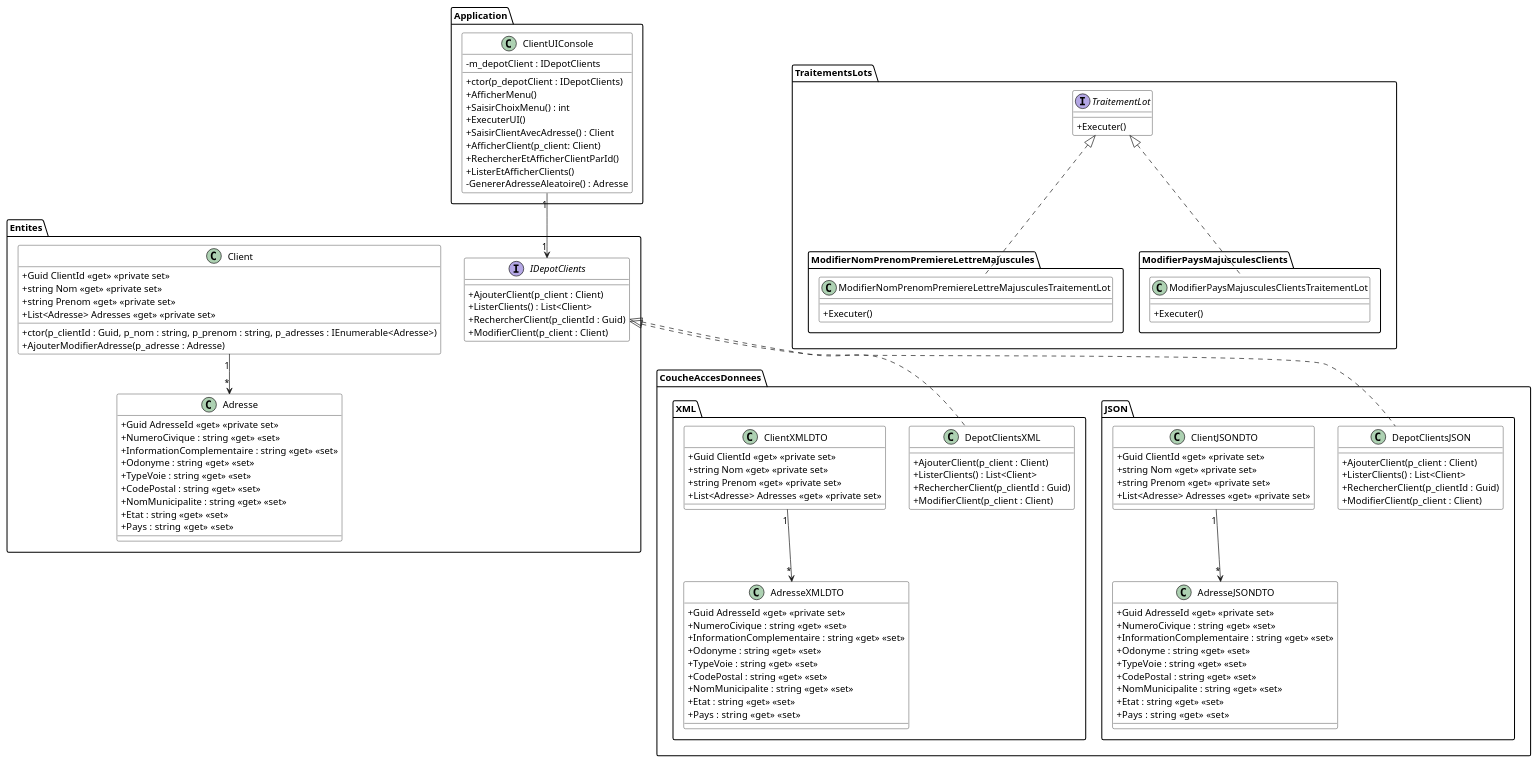
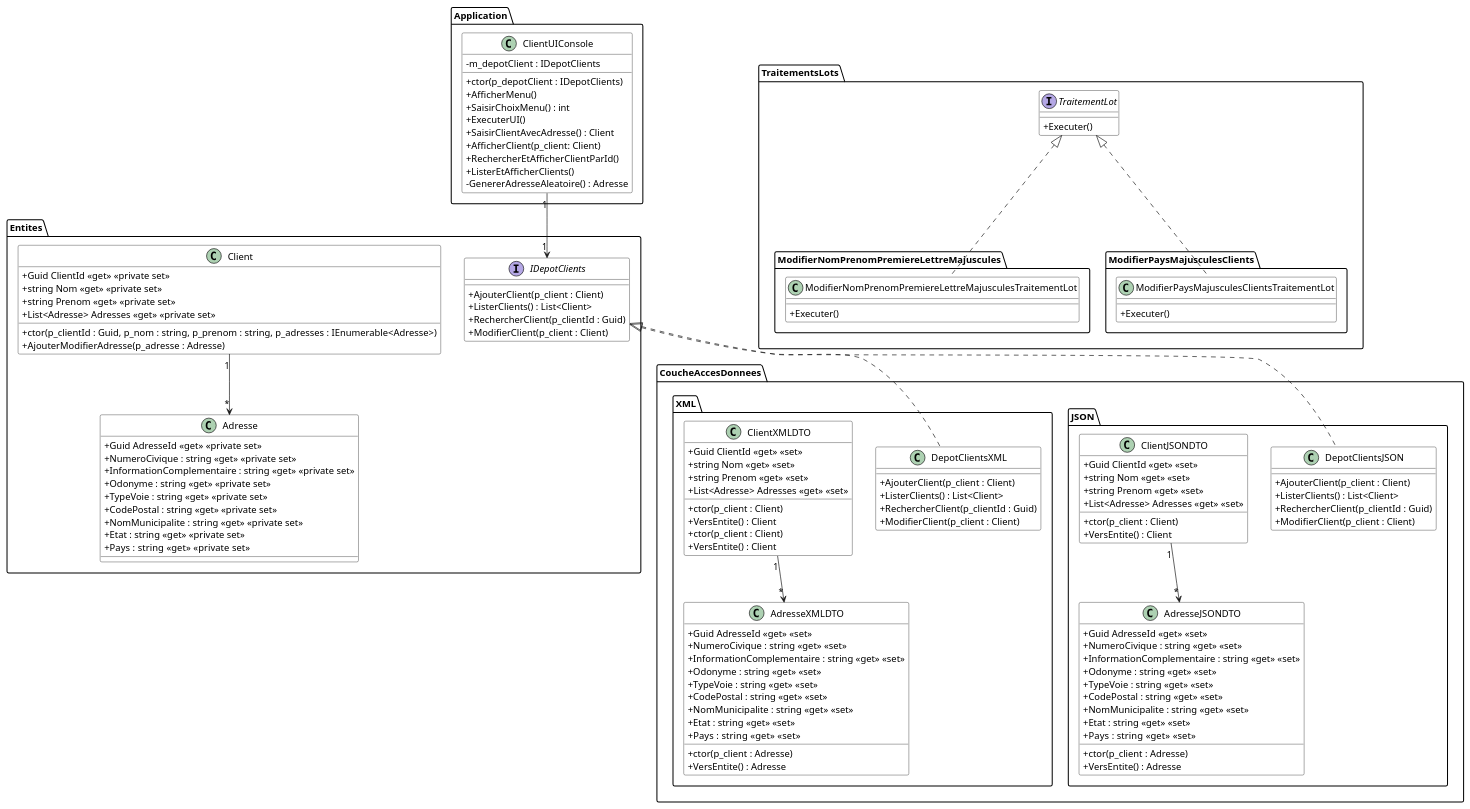
Before and after one commit to PiFou86/420-W30-SF: the diagram in Module06_Formats_Echanges/diag/src/DiagExerciceClients.wsd, drawn with PlantUML. The commit also changed 1 other file, not shown here.

```diff
--- a/Module06_Formats_Echanges/diag/src/DiagExerciceClients.wsd
+++ b/Module06_Formats_Echanges/diag/src/DiagExerciceClients.wsd
@@ -1,151 +1,161 @@
 @startuml DiagClassesClients
 
 skinparam classAttributeIconSize 0
 skinparam class {
     BackgroundColor White
     BorderColor #000
 }
 
 
 package Entites {
     Client "1" --> "*" Adresse
 
     class Client {
         + ctor(p_clientId : Guid, p_nom : string, p_prenom : string, p_adresses : IEnumerable<Adresse>)
         + Guid ClientId <<get>> <<private set>>
         + string Nom <<get>> <<private set>>
         + string Prenom <<get>> <<private set>>
         + List<Adresse> Adresses <<get>> <<private set>>
         + AjouterModifierAdresse(p_adresse : Adresse)
     }
 
     class Adresse {
         + Guid AdresseId <<get>> <<private set>>
-        + NumeroCivique : string <<get>> <<set>>
-        + InformationComplementaire : string <<get>> <<set>>
-        + Odonyme : string <<get>> <<set>>
-        + TypeVoie : string <<get>> <<set>>
-        + CodePostal : string <<get>> <<set>>
-        + NomMunicipalite : string <<get>> <<set>>
-        + Etat : string <<get>> <<set>>
-        + Pays : string  <<get>> <<set>>
+        + NumeroCivique : string <<get>> <<private set>>
+        + InformationComplementaire : string <<get>> <<private set>>
+        + Odonyme : string <<get>> <<private set>>
+        + TypeVoie : string <<get>> <<private set>>
+        + CodePostal : string <<get>> <<private set>>
+        + NomMunicipalite : string <<get>> <<private set>>
+        + Etat : string <<get>> <<private set>>
+        + Pays : string  <<get>> <<private set>>
     }
 
     interface IDepotClients {
         + AjouterClient(p_client : Client)
         + ListerClients() : List<Client>
         + RechercherClient(p_clientId : Guid)
         + ModifierClient(p_client : Client)
     }
 }
 
 package CoucheAccesDonnees.JSON {
     IDepotClients <|.. DepotClientsJSON
     ClientJSONDTO "1" --> "*" AdresseJSONDTO
 
     class ClientJSONDTO {
-        + Guid ClientId <<get>> <<private set>>
-        + string Nom <<get>> <<private set>>
-        + string Prenom <<get>> <<private set>>
-        + List<Adresse> Adresses <<get>> <<private set>>
+        + Guid ClientId <<get>> <<set>>
+        + string Nom <<get>> <<set>>
+        + string Prenom <<get>> <<set>>
+        + List<Adresse> Adresses <<get>> <<set>>
+        + ctor(p_client : Client)
+        + VersEntite() : Client
     }
 
     class AdresseJSONDTO {
-        + Guid AdresseId <<get>> <<private set>>
+        + Guid AdresseId <<get>> <<set>>
         + NumeroCivique : string <<get>> <<set>>
         + InformationComplementaire : string <<get>> <<set>>
         + Odonyme : string <<get>> <<set>>
         + TypeVoie : string <<get>> <<set>>
         + CodePostal : string <<get>> <<set>>
         + NomMunicipalite : string <<get>> <<set>>
         + Etat : string <<get>> <<set>>
         + Pays : string  <<get>> <<set>>
+        + ctor(p_client : Adresse)
+        + VersEntite() : Adresse
     }
 
     class DepotClientsJSON {
         + AjouterClient(p_client : Client)
         + ListerClients() : List<Client>
         + RechercherClient(p_clientId : Guid)
         + ModifierClient(p_client : Client)
     }
 }
 
 package CoucheAccesDonnees.XML {
     IDepotClients <|.. DepotClientsXML
     ClientXMLDTO "1" --> "*" AdresseXMLDTO
 
     class ClientXMLDTO {
-        + Guid ClientId <<get>> <<private set>>
-        + string Nom <<get>> <<private set>>
-        + string Prenom <<get>> <<private set>>
-        + List<Adresse> Adresses <<get>> <<private set>>
+        + Guid ClientId <<get>> <<set>>
+        + string Nom <<get>> <<set>>
+        + string Prenom <<get>> <<set>>
+        + List<Adresse> Adresses <<get>> <<set>>
+        + ctor(p_client : Client)
+        + VersEntite() : Client
+        + ctor(p_client : Client)
+        + VersEntite() : Client
     }
 
     class DepotClientsXML {
         + AjouterClient(p_client : Client)
         + ListerClients() : List<Client>
         + RechercherClient(p_clientId : Guid)
         + ModifierClient(p_client : Client)
     }
 
     class AdresseXMLDTO {
-        + Guid AdresseId <<get>> <<private set>>
+        + Guid AdresseId <<get>> <<set>>
         + NumeroCivique : string <<get>> <<set>>
         + InformationComplementaire : string <<get>> <<set>>
         + Odonyme : string <<get>> <<set>>
         + TypeVoie : string <<get>> <<set>>
         + CodePostal : string <<get>> <<set>>
         + NomMunicipalite : string <<get>> <<set>>
         + Etat : string <<get>> <<set>>
         + Pays : string  <<get>> <<set>>
+        + ctor(p_client : Adresse)
+        + VersEntite() : Adresse
     }
 }
 
 package Application {
     ClientUIConsole "1" --> "1" IDepotClients
 
     class ClientUIConsole {
         - m_depotClient : IDepotClients
         + ctor(p_depotClient : IDepotClients)
         + AfficherMenu()
         + SaisirChoixMenu() : int
         + ExecuterUI()
         + SaisirClientAvecAdresse() : Client
         + AfficherClient(p_client: Client)
         + RechercherEtAfficherClientParId()
         + ListerEtAfficherClients()
         - GenererAdresseAleatoire() : Adresse
     }
 }
 
 package TraitementsLots {
     interface TraitementLot {
         + Executer()
     }
 }
 
 package TraitementsLots.ModifierNomPrenomPremiereLettreMajuscules {
     TraitementLot <|.. ModifierNomPrenomPremiereLettreMajusculesTraitementLot
 
     class ModifierNomPrenomPremiereLettreMajusculesTraitementLot {
         + Executer()
     }
 }
 
 package TraitementsLots.ModifierPaysMajusculesClients {
     TraitementLot <|.. ModifierPaysMajusculesClientsTraitementLot
 
     class ModifierPaysMajusculesClientsTraitementLot {
         + Executer()
     }
 }
 
 ' TraitementsLots <.. TraitementsLots.ModifierNomPrenomPremiereLettreMajuscules
 ' TraitementsLots <.. TraitementsLots.ModifierPaysMajusculesClients
 
 ' Entites <.. CoucheAccesDonnees.JSON
 ' Entites <.. CoucheAccesDonnees.XML
 ' Entites <.. Application
 ' Entites <.. TraitementsLots
 
 @enduml
```
